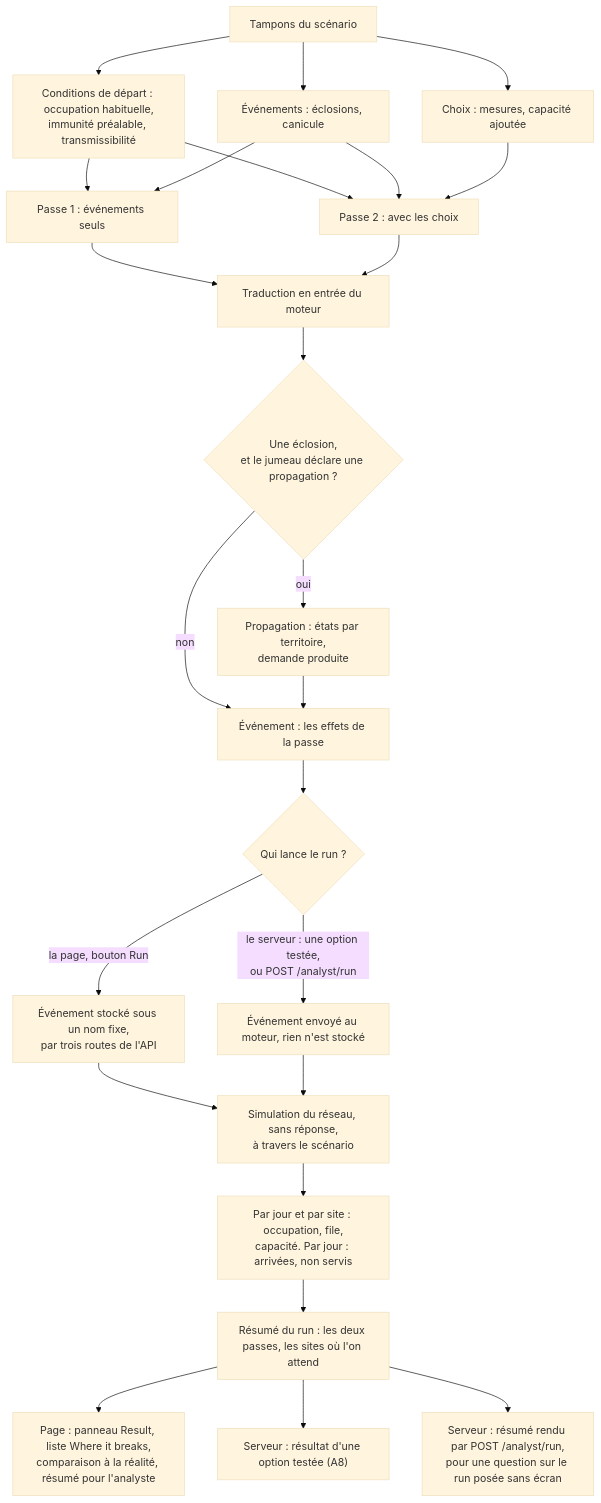
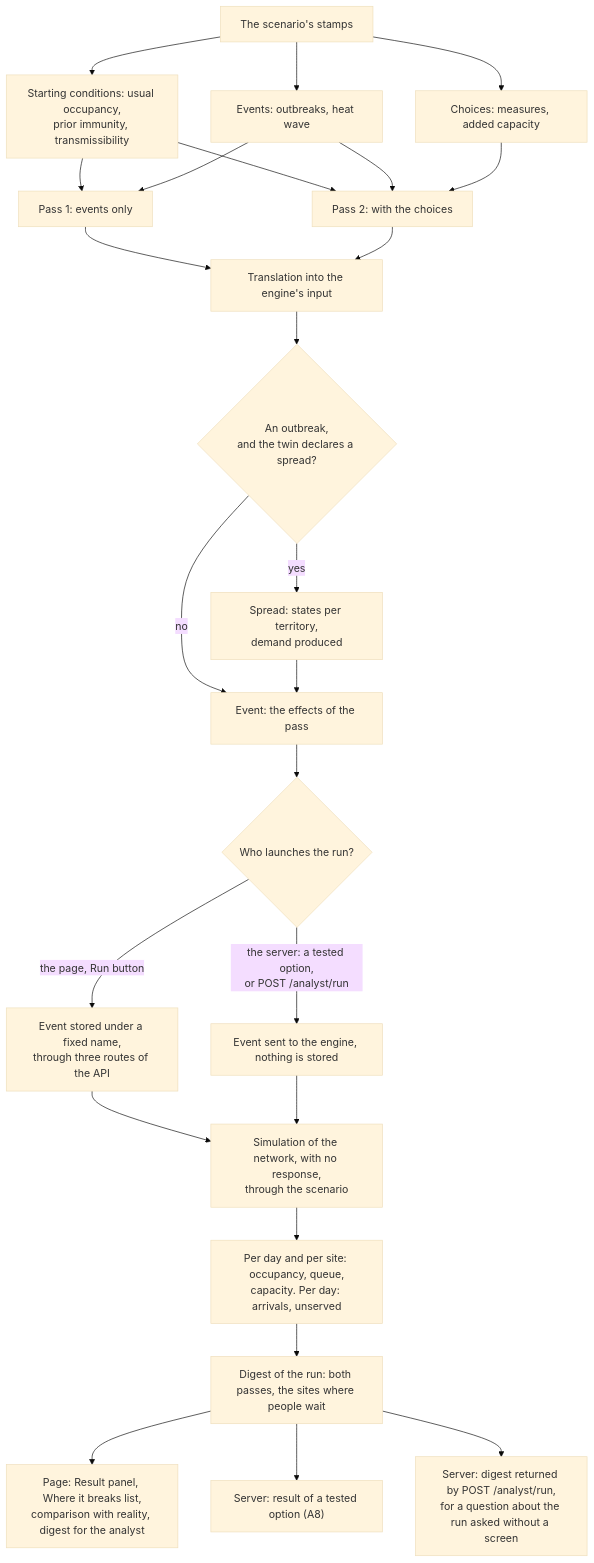
One commit to V1ktor7/obscyro changed the fourth of 30 diagrams in frontend/content/docs/product/algorithms.md. Above: the diagram before and after it, drawn with Mermaid (base theme). The commit also changed other lines of this file and 15 other files, not shown here.

First line of the commit message:
feat(site): les pages produit du site passent en anglais

````diff
--- a/frontend/content/docs/product/algorithms.md
+++ b/frontend/content/docs/product/algorithms.md
@@ -178,27 +179,27 @@
 ```mermaid
 flowchart TD
-    S["Tampons du scénario"] --> C["Conditions de départ : occupation habituelle,<br/>immunité préalable, transmissibilité"]
-    S --> E["Événements : éclosions, canicule"]
-    S --> K["Choix : mesures, capacité ajoutée"]
-    C --> V1["Passe 1 : événements seuls"]
+    S["The scenario's stamps"] --> C["Starting conditions: usual occupancy,<br/>prior immunity, transmissibility"]
+    S --> E["Events: outbreaks, heat wave"]
+    S --> K["Choices: measures, added capacity"]
+    C --> V1["Pass 1: events only"]
     E --> V1
-    C --> V2["Passe 2 : avec les choix"]
+    C --> V2["Pass 2: with the choices"]
     E --> V2
     K --> V2
-    V1 --> T["Traduction en entrée du moteur"]
+    V1 --> T["Translation into the engine's input"]
     V2 --> T
-    T --> P{"Une éclosion,<br/>et le jumeau déclare une propagation ?"}
-    P -->|"oui"| SP["Propagation : états par territoire,<br/>demande produite"]
-    P -->|"non"| EV["Événement : les effets de la passe"]
+    T --> P{"An outbreak,<br/>and the twin declares a spread?"}
+    P -->|"yes"| SP["Spread: states per territory,<br/>demand produced"]
+    P -->|"no"| EV["Event: the effects of the pass"]
     SP --> EV
-    EV --> W{"Qui lance le run ?"}
-    W -->|"la page, bouton Run"| EP["Événement stocké sous un nom fixe,<br/>par trois routes de l'API"]
-    W -->|"le serveur : une option testée,<br/>ou POST /analyst/run"| ES["Événement envoyé au moteur, rien n'est stocké"]
-    EP --> RUN["Simulation du réseau, sans réponse,<br/>à travers le scénario"]
+    EV --> W{"Who launches the run?"}
+    W -->|"the page, Run button"| EP["Event stored under a fixed name,<br/>through three routes of the API"]
+    W -->|"the server: a tested option,<br/>or POST /analyst/run"| ES["Event sent to the engine, nothing is stored"]
+    EP --> RUN["Simulation of the network, with no response,<br/>through the scenario"]
     ES --> RUN
-    RUN --> G["Par jour et par site : occupation, file,<br/>capacité. Par jour : arrivées, non servis"]
-    G --> D["Résumé du run : les deux passes, les sites où l'on attend"]
-    D --> R["Page : panneau Result, liste Where it breaks,<br/>comparaison à la réalité, résumé pour l'analyste"]
-    D --> O["Serveur : résultat d'une option testée (A8)"]
-    D --> O2["Serveur : résumé rendu par POST /analyst/run,<br/>pour une question sur le run posée sans écran"]
+    RUN --> G["Per day and per site: occupancy, queue,<br/>capacity. Per day: arrivals, unserved"]
+    G --> D["Digest of the run: both passes, the sites where people wait"]
+    D --> R["Page: Result panel, Where it breaks list,<br/>comparison with reality, digest for the analyst"]
+    D --> O["Server: result of a tested option (A8)"]
+    D --> O2["Server: digest returned by POST /analyst/run,<br/>for a question about the run asked without a screen"]
 ```
````
